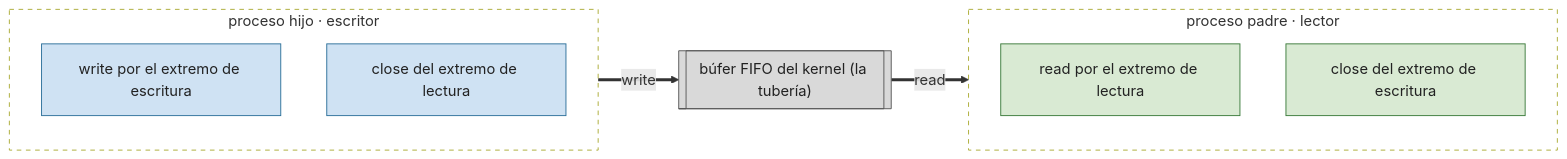
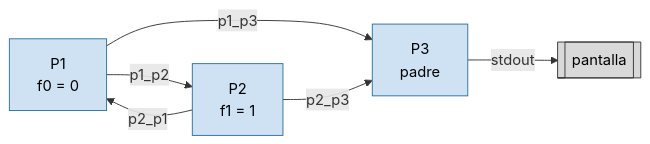
Before and after one commit to asiermarzo/ssoo: the diagram in PRACTICA/03-pipes-y-fifos/README.md, drawn with Mermaid. The commit also changed other lines of this file and 8 other files, not shown here.

````diff
--- a/PRACTICA/03-pipes-y-fifos/README.md
+++ b/PRACTICA/03-pipes-y-fifos/README.md
@@ -31,25 +205,18 @@
-```mermaid
-flowchart LR
-    subgraph Padre["proceso padre · lector"]
-        direction TB
-        PR["read por el extremo de lectura"]
-        PC["close del extremo de escritura"]
-    end
-    subgraph Hijo["proceso hijo · escritor"]
-        direction TB
-        HW["write por el extremo de escritura"]
-        HC["close del extremo de lectura"]
-    end
-    HW ==>|"write"| BUF[["búfer FIFO del kernel (la tubería)"]]
-    BUF ==>|"read"| PR
+   ```mermaid
+   flowchart LR
+       P1["P1<br/>f0 = 0"]
+       P2["P2<br/>f1 = 1"]
+       P3["P3<br/>padre"]
+       OUT[["pantalla"]]
 
-    classDef lector fill:#d9ead3,stroke:#3a7a3a,color:#222;
-    classDef escritor fill:#cfe2f3,stroke:#2b6f99,color:#222;
-    classDef nucleo fill:#d9d9d9,stroke:#555,color:#222;
+       P1 -- p1_p2 --> P2
+       P2 -- p2_p1 --> P1
+       P1 -- p1_p3 --> P3
+       P2 -- p2_p3 --> P3
+       P3 -- stdout --> OUT
 
-    class PR,PC lector;
-    class HW,HC escritor;
-    class BUF nucleo;
-    style Padre fill:none,stroke-dasharray: 5 5;
-    style Hijo fill:none,stroke-dasharray: 5 5;
-```
+       classDef proceso fill:#cfe2f3,stroke:#2b6f99,color:#000;
+       classDef salida fill:#d9d9d9,stroke:#333,color:#000;
+       class P1,P2,P3 proceso;
+       class OUT salida;
+   ```
````
